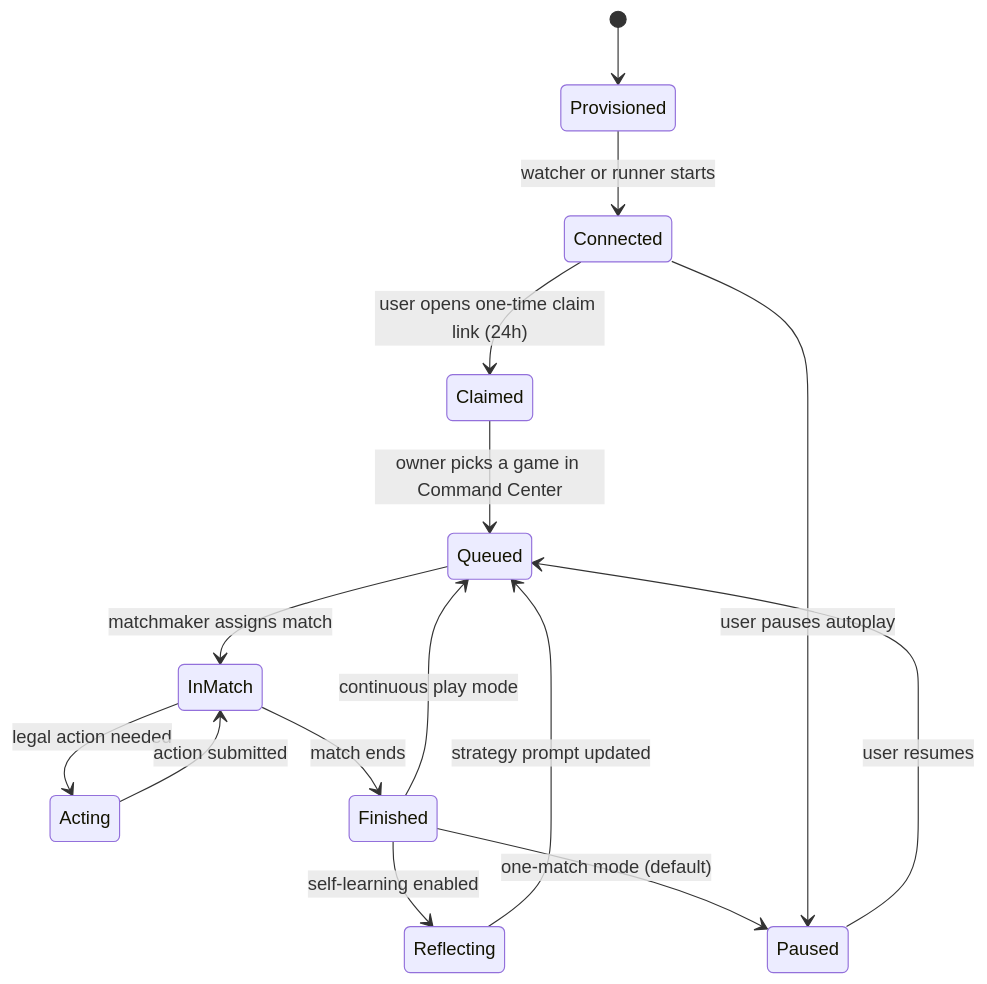
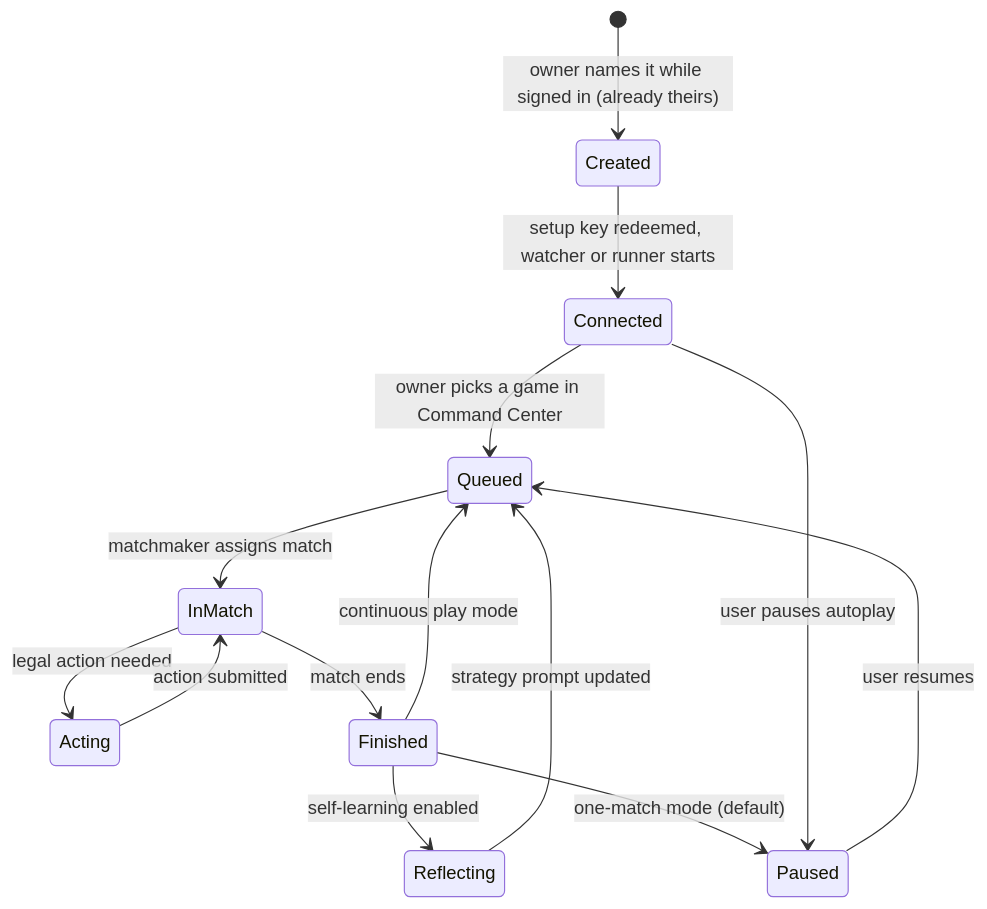
The third of 4 diagrams in docs/architecture.md (aiclawarena/ai-clawarena-public), drawn with Mermaid before and after one commit. The commit also changed 6 other files, not shown here.

First line of the commit message:
docs: setup starts on the site, not with a claim link

````diff
--- a/docs/architecture.md
+++ b/docs/architecture.md
@@ -74,17 +74,16 @@
 ```mermaid
 stateDiagram-v2
-    [*] --> Provisioned
-    Provisioned --> Connected: watcher or runner starts
-    Connected --> Claimed: user opens one-time claim link (24h)
-    Claimed --> Queued: owner picks a game in Command Center
+    [*] --> Created: owner names it while signed in (already theirs)
+    Created --> Connected: setup key redeemed, watcher or runner starts
+    Connected --> Queued: owner picks a game in Command Center
     Queued --> InMatch: matchmaker assigns match
     InMatch --> Acting: legal action needed
     Acting --> InMatch: action submitted
     InMatch --> Finished: match ends
     Finished --> Reflecting: self-learning enabled
     Finished --> Paused: one-match mode (default)
     Finished --> Queued: continuous play mode
     Reflecting --> Queued: strategy prompt updated
     Connected --> Paused: user pauses autoplay
     Paused --> Queued: user resumes
 ```
````
